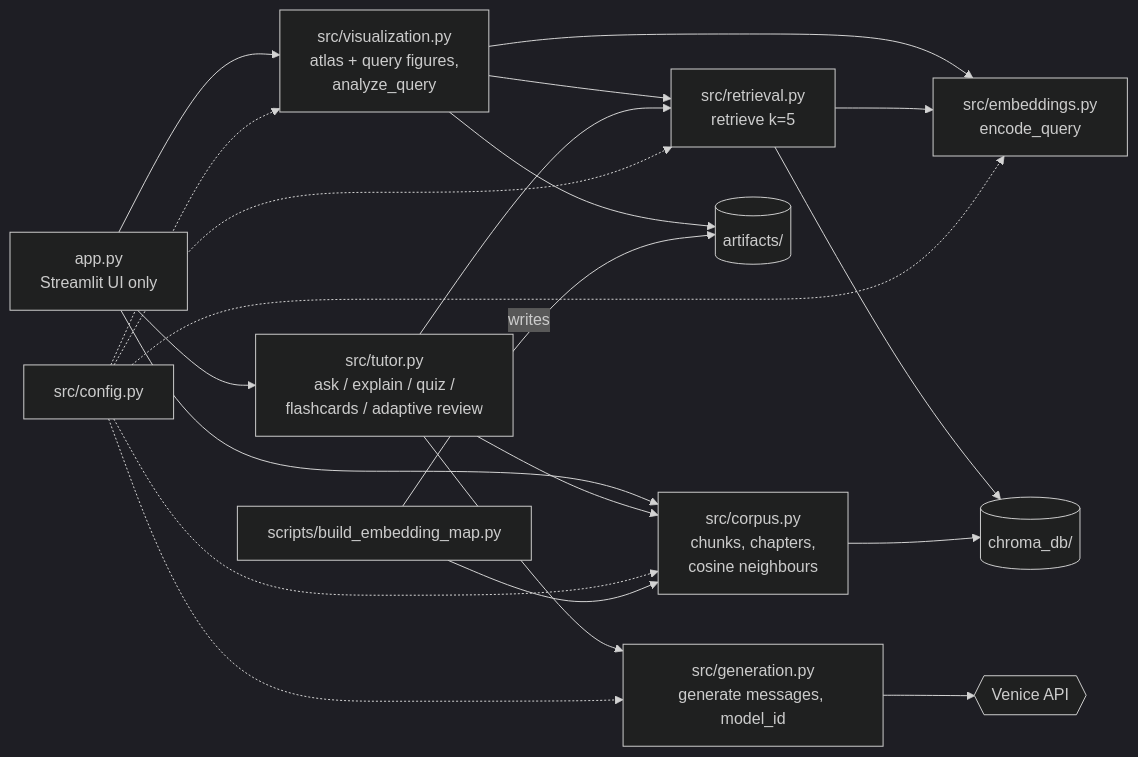
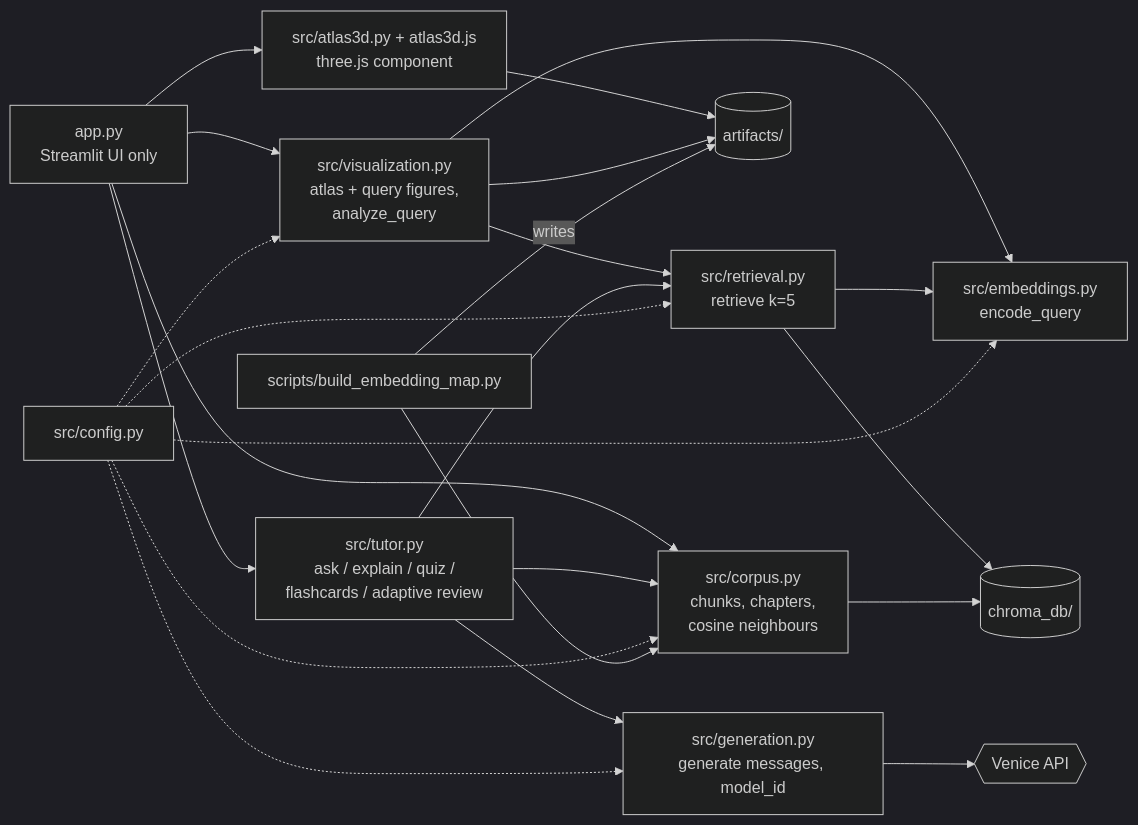
One commit to ladangol/discover-canada-semantic-tutor changed the second of 3 diagrams in docs/ARCHITECTURE.md. Above: the diagram before and after it, drawn with Mermaid (dark theme). The commit also changed other lines of this file and 11 other files, not shown here.

Commit message:
Add three.js 3-D atlas (Atlas and Ask tabs) with 3-D UMAP artifacts

````diff
--- a/docs/ARCHITECTURE.md
+++ b/docs/ARCHITECTURE.md
@@ -53,30 +56,32 @@
 ```mermaid
 flowchart LR
     App[app.py<br/>Streamlit UI only]
 
     App --> Viz[src/visualization.py<br/>atlas + query figures,<br/>analyze_query]
     App --> Tutor[src/tutor.py<br/>ask / explain / quiz /<br/>flashcards / adaptive review]
     App --> Corpus[src/corpus.py<br/>chunks, chapters,<br/>cosine neighbours]
+    App --> Atlas3D[src/atlas3d.py + atlas3d.js<br/>three.js component]
+    Atlas3D --> Artifacts
 
     Viz --> Embeddings[src/embeddings.py<br/>encode_query]
     Viz --> Retrieval[src/retrieval.py<br/>retrieve k=5]
     Viz --> Artifacts[(artifacts/)]
 
     Tutor --> Retrieval
     Tutor --> Corpus
     Tutor --> Generation[src/generation.py<br/>generate messages, model_id]
 
     Retrieval --> Embeddings
     Retrieval --> Chroma[(chroma_db/)]
     Corpus --> Chroma
     Generation --> Venice{{Venice API}}
 
     Config[src/config.py] -.-> Retrieval
     Config -.-> Corpus
     Config -.-> Embeddings
     Config -.-> Generation
     Config -.-> Viz
 
     Build[scripts/build_embedding_map.py] --> Corpus
     Build -->|writes| Artifacts
 ```
````
